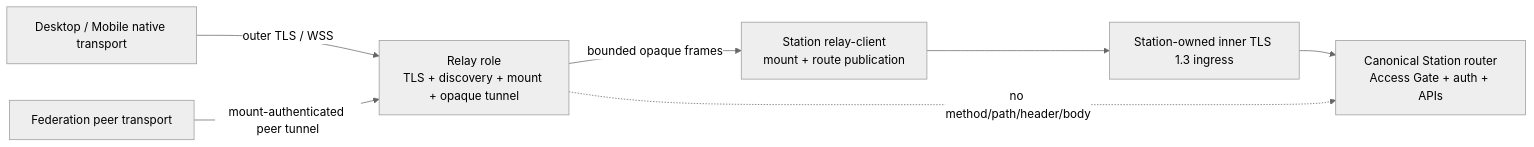
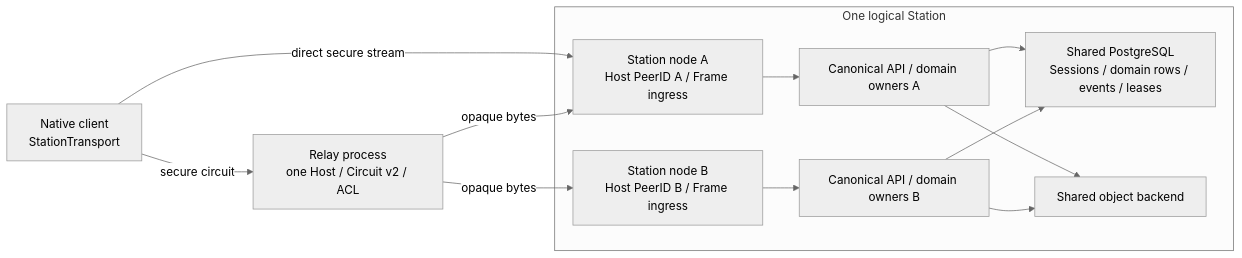
One commit to peers-labs/peers-touch changed the diagram in docs/architecture/platform/runtime/node-connectivity/design.md. Above: the diagram before and after it, drawn with Mermaid (neutral theme). The commit also changed other lines of this file and 262 other files, not shown here.

First line of the commit message:
refactor: replace custom relay tunnel with standard libp2p

````diff
--- a/docs/architecture/platform/runtime/node-connectivity/design.md
+++ b/docs/architecture/platform/runtime/node-connectivity/design.md
@@ -45,17 +50,23 @@
 ```mermaid
 flowchart LR
-    CLIENT["Desktop / Mobile native transport"]
-    RELAY["Relay role\nTLS + discovery + mount + opaque tunnel"]
-    MOUNT["Station relay-client\nmount + route publication"]
-    TLS["Station-owned inner TLS 1.3 ingress"]
-    ROUTER["Canonical Station router\nAccess Gate + auth + APIs"]
-    FED["Federation peer transport"]
-
-    CLIENT -->|"outer TLS / WSS"| RELAY
-    FED -->|"mount-authenticated peer tunnel"| RELAY
-    RELAY -->|"bounded opaque frames"| MOUNT
-    MOUNT --> TLS
-    TLS --> ROUTER
-
-    RELAY -. "no method/path/header/body" .-> ROUTER
+    C["Native client\nStationTransport"]
+    R["Relay process\none Host / Circuit v2 / ACL"]
+    subgraph S["One logical Station"]
+      N1["Station node A\nHost PeerID A / Frame ingress"]
+      N2["Station node B\nHost PeerID B / Frame ingress"]
+      API1["Canonical API / domain owners A"]
+      API2["Canonical API / domain owners B"]
+      DB["Shared PostgreSQL\nSessions / domain rows / events / leases"]
+      OSS["Shared object backend"]
+      N1 --> API1
+      N2 --> API2
+      API1 --> DB
+      API2 --> DB
+      API1 --> OSS
+      API2 --> OSS
+    end
+    C -->|"direct secure stream"| N1
+    C -->|"secure circuit"| R
+    R -->|"opaque bytes"| N1
+    R -->|"opaque bytes"| N2
 ```
````
